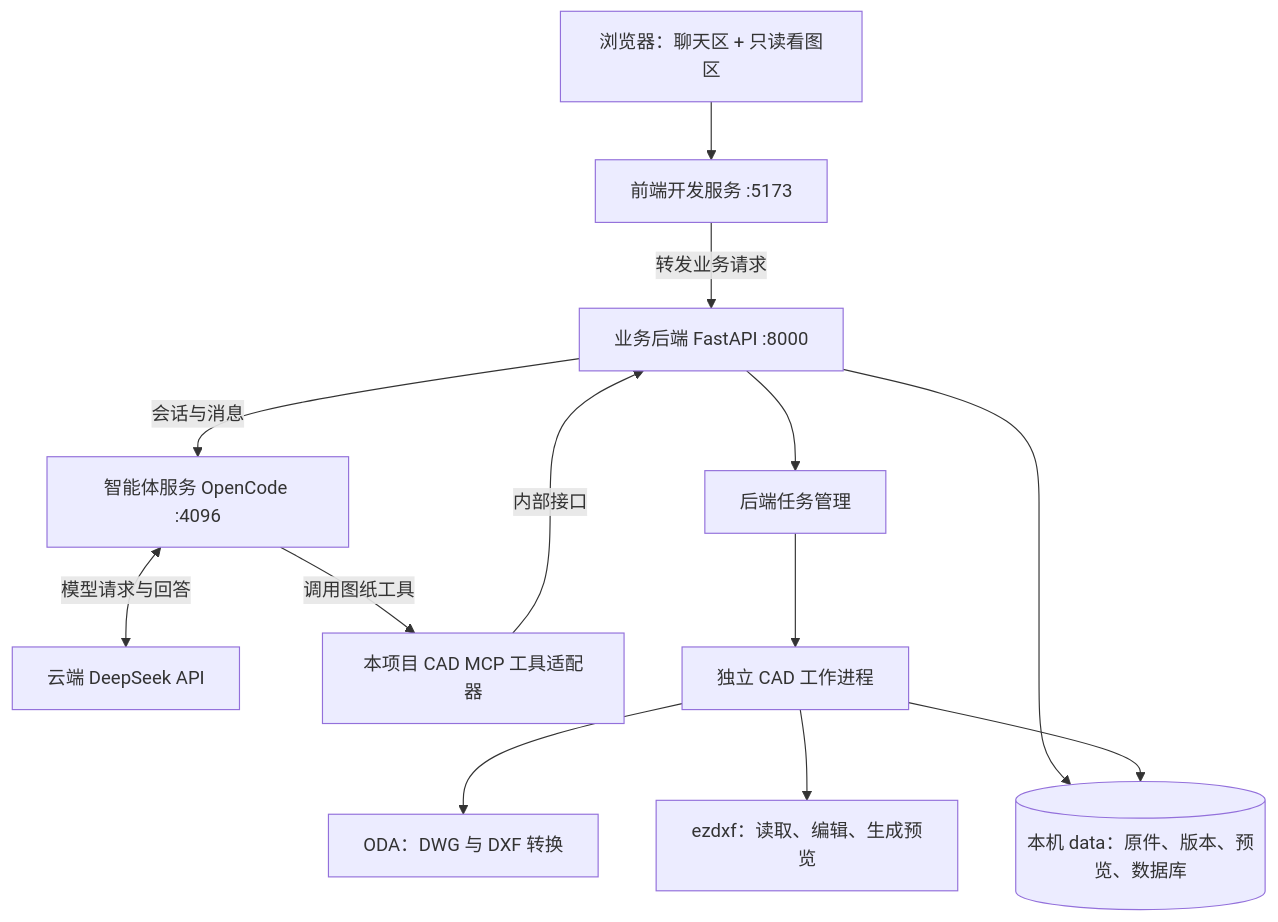
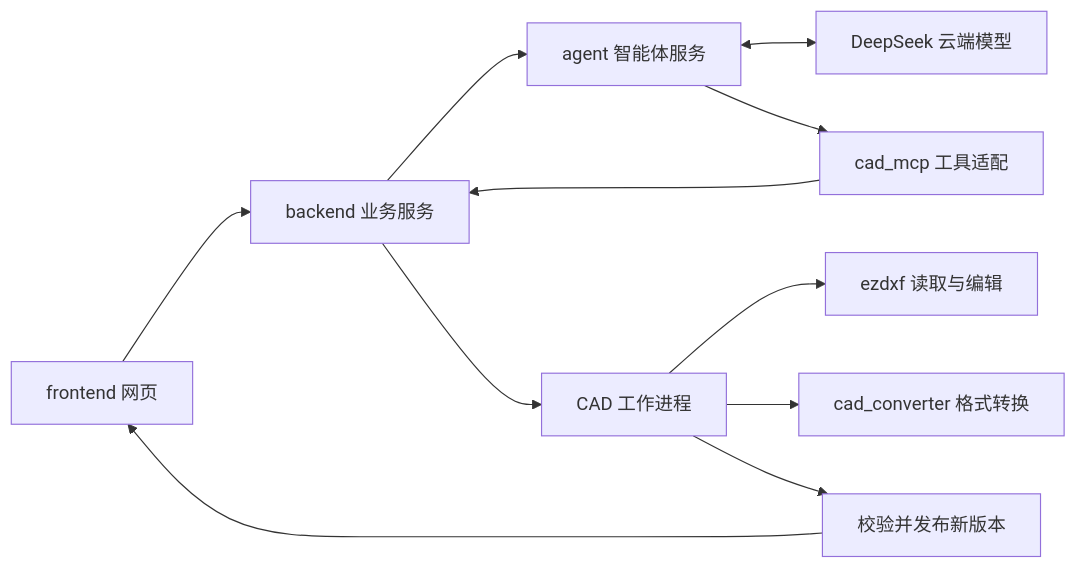
Before and after one commit to Magnificent2003/cad-agent: the diagram in README.md, drawn with Mermaid. The commit also changed other lines of this file and 6670 other files, not shown here.

Commit message:
refactor: organize agent source and CAD converter components

````diff
--- a/README.md
+++ b/README.md
@@ -50,26 +47,13 @@
 ```mermaid
-flowchart TD
-    Browser[浏览器：聊天区 + 只读看图区]
-    Vite[前端开发服务 :5173]
-    API[业务后端 FastAPI :8000]
-    OC[智能体服务 OpenCode :4096]
-    DS[云端 DeepSeek API]
-    MCP[本项目 CAD MCP 工具适配器]
-    Jobs[后端任务管理]
-    Worker[独立 CAD 工作进程]
-    ODA[ODA：DWG 与 DXF 转换]
-    DXF[ezdxf：读取、编辑、生成预览]
-    Data[(本机 data：原件、版本、预览、数据库)]
-    Browser --> Vite
-    Vite -->|转发业务请求| API
-    API -->|会话与消息| OC
-    OC <-->|模型请求与回答| DS
-    OC -->|调用图纸工具| MCP
-    MCP -->|内部接口| API
-    API --> Jobs
-    Jobs --> Worker
-    Worker --> ODA
-    Worker --> DXF
-    API --> Data
-    Worker --> Data
+flowchart LR
+  UI[frontend 网页] --> API[backend 业务服务]
+  API --> A[agent 智能体服务]
+  A <--> M[DeepSeek 云端模型]
+  A --> MCP[cad_mcp 工具适配]
+  MCP --> API
+  API --> W[CAD 工作进程]
+  W --> DXF[ezdxf 读取与编辑]
+  W --> C[cad_converter 格式转换]
+  W --> V[校验并发布新版本]
+  V --> UI
 ```
````
